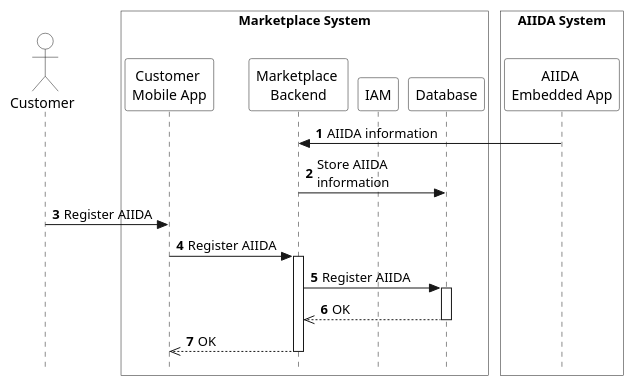
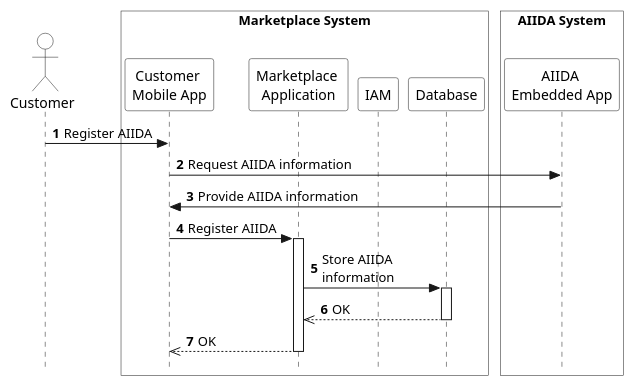
Before and after one commit to eddie-energy/architecture: the diagram in arc42/marketplace/runtime-view/figures/marketplace-register-aiida.puml, drawn with PlantUML. The commit also changed 17 other files, not shown here.

Commit message:
Part of #82: renamed Marketplace Backend to Marketplace Application. Updated workflows in Runtime View.

```diff
--- a/arc42/marketplace/runtime-view/figures/marketplace-register-aiida.puml
+++ b/arc42/marketplace/runtime-view/figures/marketplace-register-aiida.puml
@@ -1,40 +1,40 @@
 @startuml marketplace-register-aiida
 
 skinparam style strictuml
 skinparam sequence {
   ParticipantBackgroundColor transparent
   ActorBackgroundColor transparent
 }
 
 autonumber
 !pragma teoz true
 
 actor "Customer" as customer
 box "Marketplace System" #transparent
   participant "Customer \nMobile App" as app
-  participant "Marketplace \nBackend" as marketplace
+  participant "Marketplace \nApplication" as marketplace
   participant "IAM" as iam
   participant "Database" as database
 end box
 
 box "AIIDA System" #transparent
   participant "AIIDA \nEmbedded App" as aiida
 end box
 
-aiida -> marketplace : AIIDA information
-marketplace -> database : Store AIIDA \ninformation
 customer -> app : Register AIIDA
+app -> aiida : Request AIIDA information
+aiida -> app : Provide AIIDA information
 app -> marketplace : Register AIIDA
 activate marketplace
-marketplace -> database : Register AIIDA
+marketplace -> database : Store AIIDA \ninformation
 activate database
 database -->> marketplace : OK
 deactivate database
 marketplace -->> app : OK
 deactivate marketplace
 
 
 
 
 
 @enduml
```
